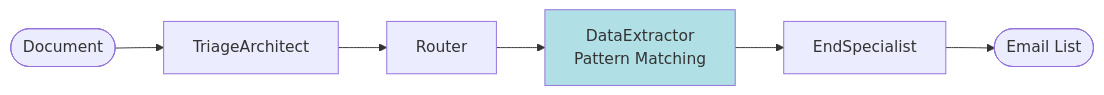
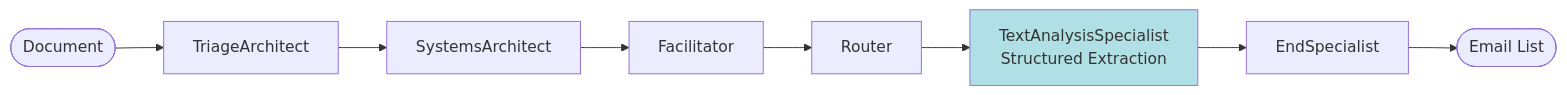
One commit to shanevcantwell/langgraph-agentic-scaffold changed diagram 15 of 16 in docs/FLOWS.md. Above: the diagram before and after it, drawn with Mermaid. The commit also changed other lines of this file and 11 other files, not shown here.

````diff
--- a/docs/FLOWS.md
+++ b/docs/FLOWS.md
@@ -560,10 +566,12 @@
 ```mermaid
 flowchart LR
     User(["Document"]) --> Triage[TriageArchitect]
-    Triage --> Router[Router]
-    Router --> Extract[DataExtractor<br/>Pattern Matching]
-    Extract --> End[EndSpecialist]
+    Triage --> SA[SystemsArchitect]
+    SA --> Fac[Facilitator]
+    Fac --> Router[Router]
+    Router --> TA[TextAnalysisSpecialist<br/>Structured Extraction]
+    TA --> End[EndSpecialist]
     End --> Response([Email List])
 
-    style Extract fill:#B0E0E6
+    style TA fill:#B0E0E6
 ```
````
